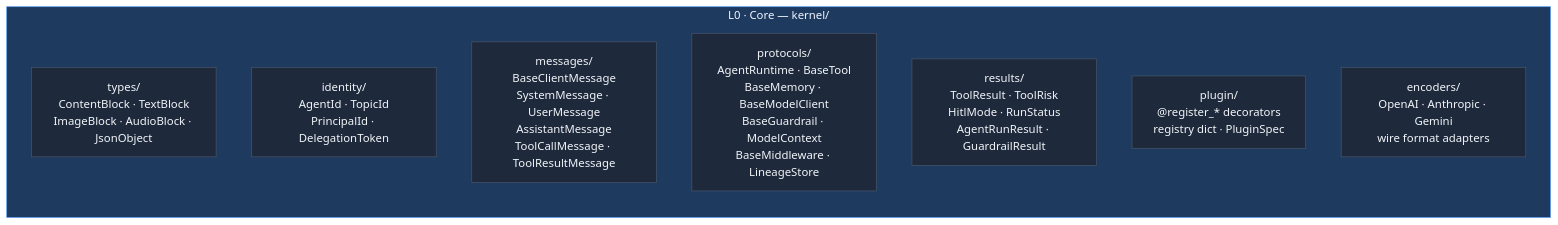
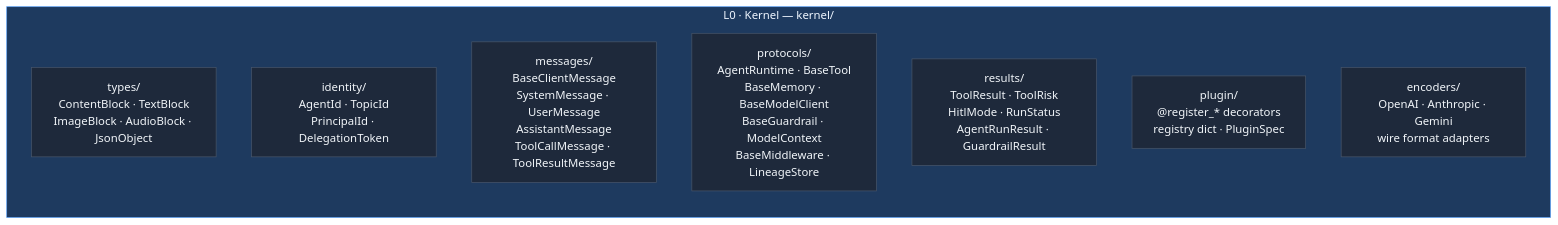
Before and after one commit to Ravikumarchavva/agent-substrate: the third of 9 diagrams in agents/agent-substrate/docs/framework/layered-architecture.md, drawn with Mermaid. The commit also changed other lines of this file and 195 other files, not shown here.

````diff
--- a/agents/agent-substrate/docs/framework/layered-architecture.md
+++ b/agents/agent-substrate/docs/framework/layered-architecture.md
@@ -95,16 +95,16 @@
 ```mermaid
 %%{init: {"theme": "base", "themeVariables": {"primaryColor": "#1e293b", "primaryTextColor": "#f1f5f9", "primaryBorderColor": "#475569"}}}%%
 flowchart LR
-    subgraph P0["L0 · Core  —  kernel/"]
+    subgraph P0["L0 · Kernel  —  kernel/"]
         direction TB
         T["types/<br/>ContentBlock · TextBlock<br/>ImageBlock · AudioBlock · JsonObject"]
         I["identity/<br/>AgentId · TopicId<br/>PrincipalId · DelegationToken"]
         M["messages/<br/>BaseClientMessage<br/>SystemMessage · UserMessage<br/>AssistantMessage<br/>ToolCallMessage · ToolResultMessage"]
         PR["protocols/<br/>AgentRuntime · BaseTool<br/>BaseMemory · BaseModelClient<br/>BaseGuardrail · ModelContext<br/>BaseMiddleware · LineageStore"]
         R["results/<br/>ToolResult · ToolRisk<br/>HitlMode · RunStatus<br/>AgentRunResult · GuardrailResult"]
         REG["plugin/<br/>@register_* decorators<br/>registry dict · PluginSpec"]
         ENC["encoders/<br/>OpenAI · Anthropic · Gemini<br/>wire format adapters"]
     end
 
     style P0 fill:#1e3a5f,stroke:#60a5fa,color:#eff6ff
 ```
````
